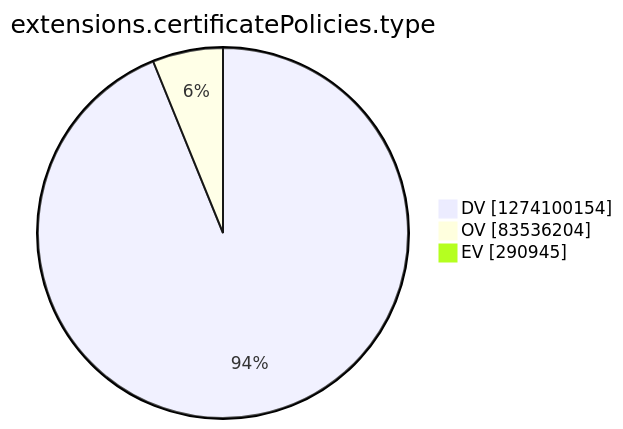
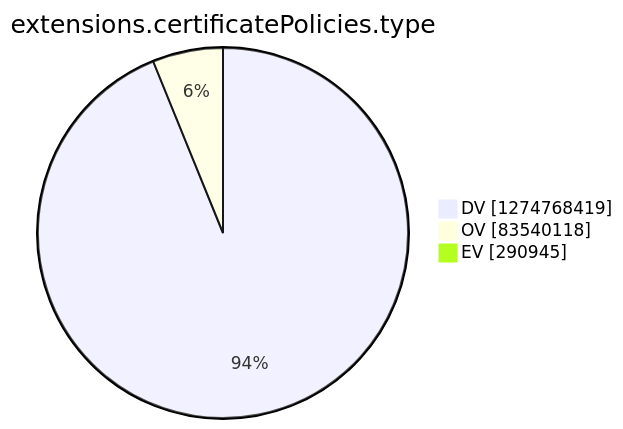
The tenth of 15 diagrams in argon2022/README.md (christiankrug/ctmonitor_visualization), drawn with Mermaid before and after one commit. The commit also changed other lines of this file, not shown here.

````diff
--- a/argon2022/README.md
+++ b/argon2022/README.md
@@ -2771,7 +2771,7 @@
 ```mermaid
 pie showData
 title extensions.certificatePolicies.type
-"DV" :1274100154
-"OV" :83536204
+"DV" :1274768419
+"OV" :83540118
 "EV" :290945
 ```
````
